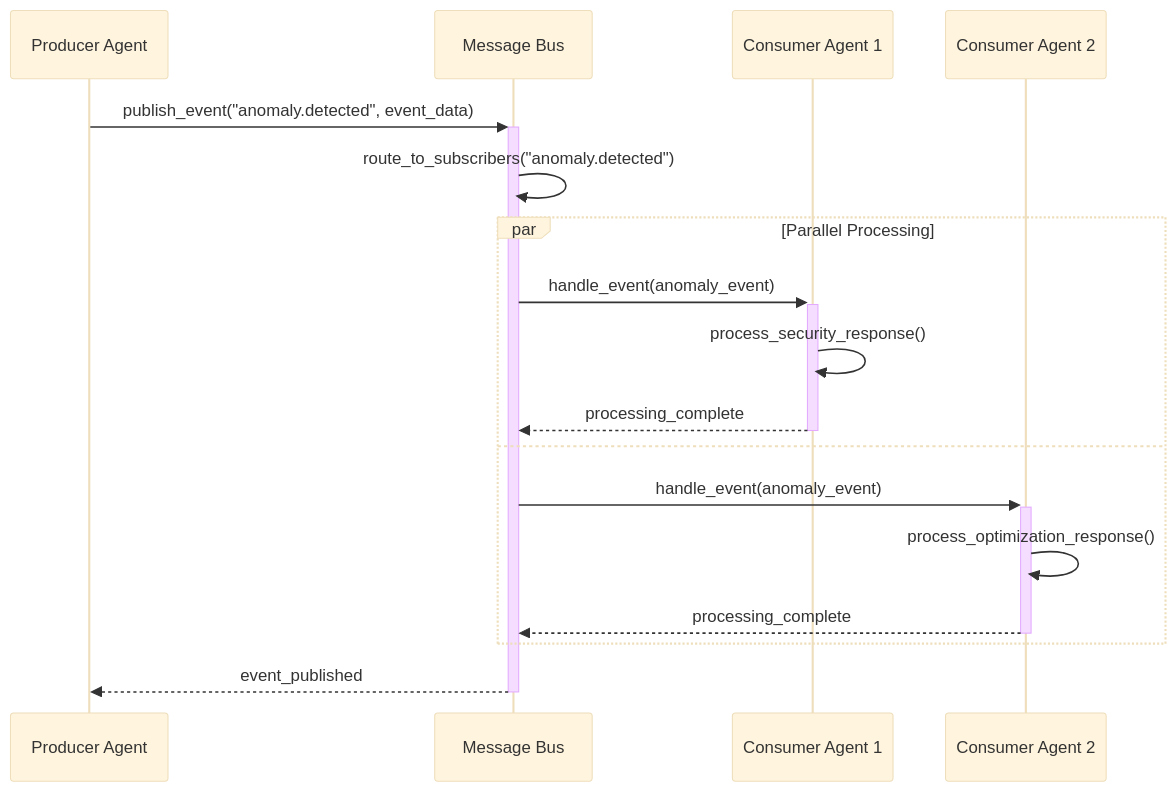
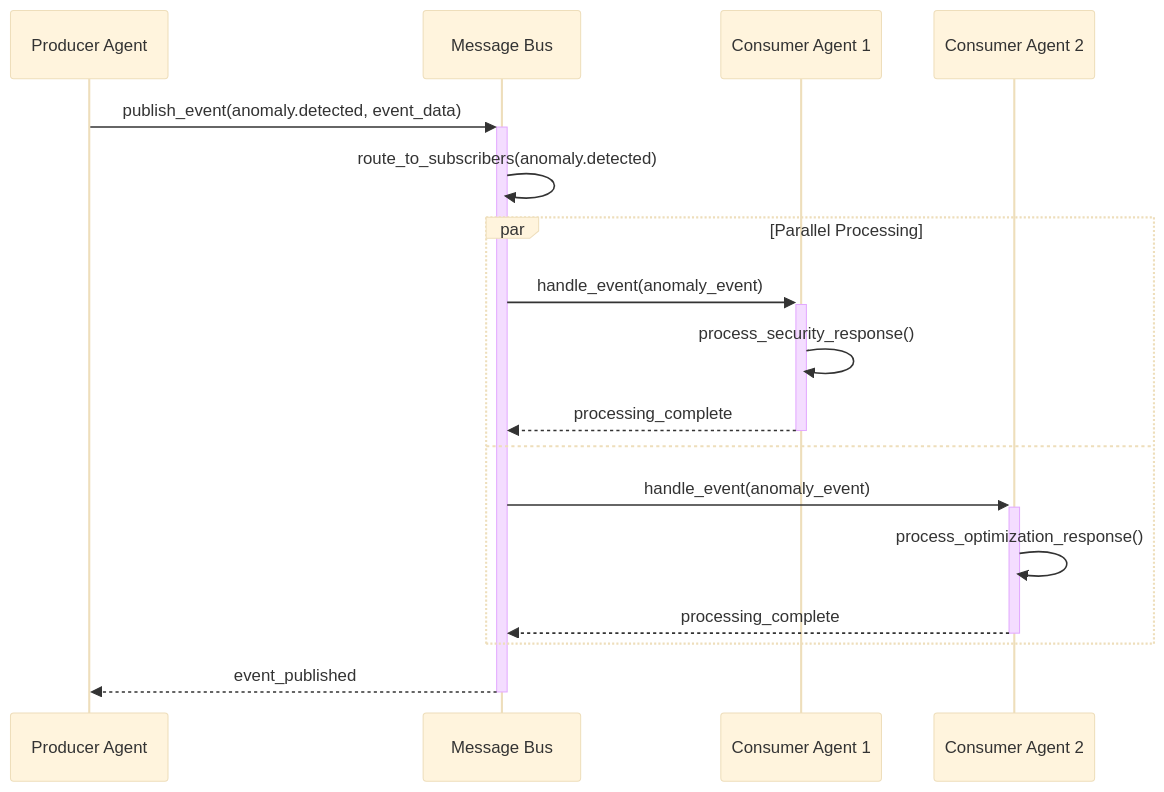
One commit to fistdat/EAIO-LLM-local changed the seventh of 13 diagrams in .cursor/architecture/application/sequence_diagrams.md. Above: the diagram before and after it, drawn with Mermaid (base theme). The commit also changed other lines of this file, not shown here.

First line of the commit message:
🔧 Fix all remaining Mermaid syntax errors

````diff
--- a/.cursor/architecture/application/sequence_diagrams.md
+++ b/.cursor/architecture/application/sequence_diagrams.md
@@ -292,22 +292,22 @@
 ```mermaid
 sequenceDiagram
     participant ProducerAgent as Producer Agent
     participant MessageBus as Message Bus
     participant ConsumerAgent1 as Consumer Agent 1
     participant ConsumerAgent2 as Consumer Agent 2
 
-    ProducerAgent->>+MessageBus: publish_event("anomaly.detected", event_data)
-    MessageBus->>MessageBus: route_to_subscribers("anomaly.detected")
+    ProducerAgent->>+MessageBus: publish_event(anomaly.detected, event_data)
+    MessageBus->>MessageBus: route_to_subscribers(anomaly.detected)
     
     par Parallel Processing
         MessageBus->>+ConsumerAgent1: handle_event(anomaly_event)
         ConsumerAgent1->>ConsumerAgent1: process_security_response()
         ConsumerAgent1-->>-MessageBus: processing_complete
     and
         MessageBus->>+ConsumerAgent2: handle_event(anomaly_event)
         ConsumerAgent2->>ConsumerAgent2: process_optimization_response()
         ConsumerAgent2-->>-MessageBus: processing_complete
     end
     
     MessageBus-->>-ProducerAgent: event_published
 ```
````
